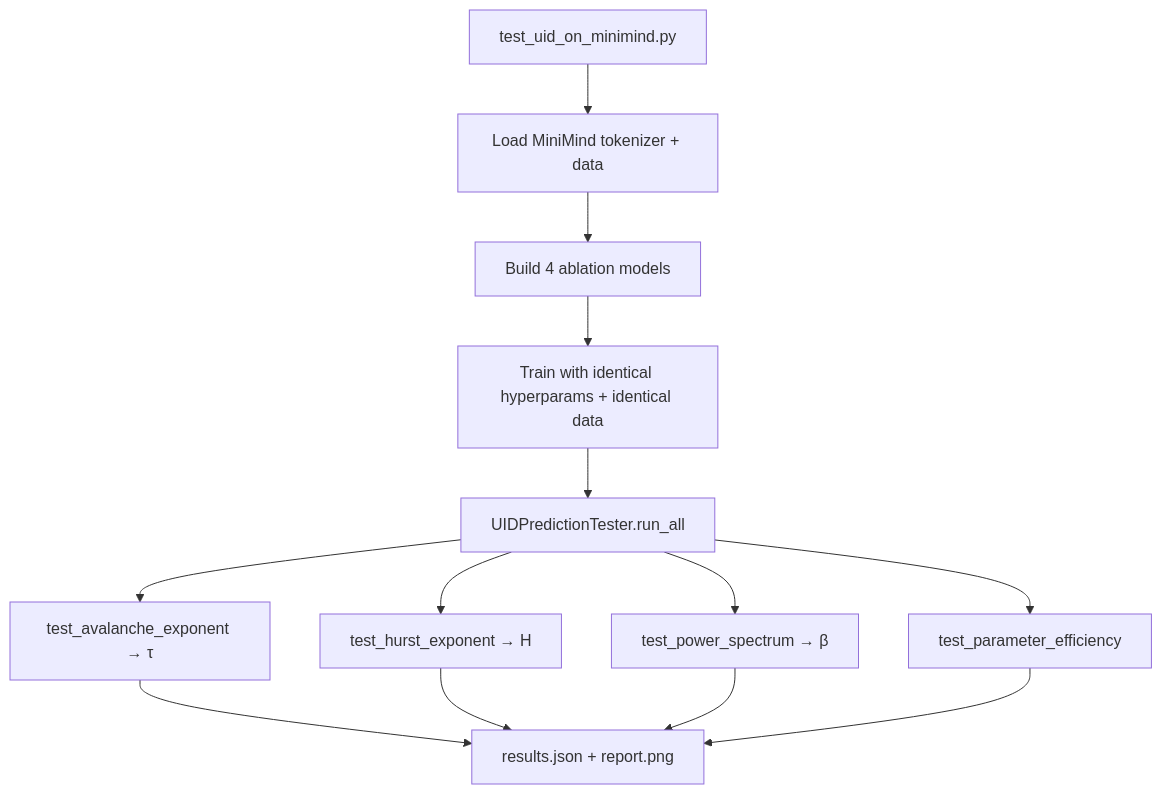
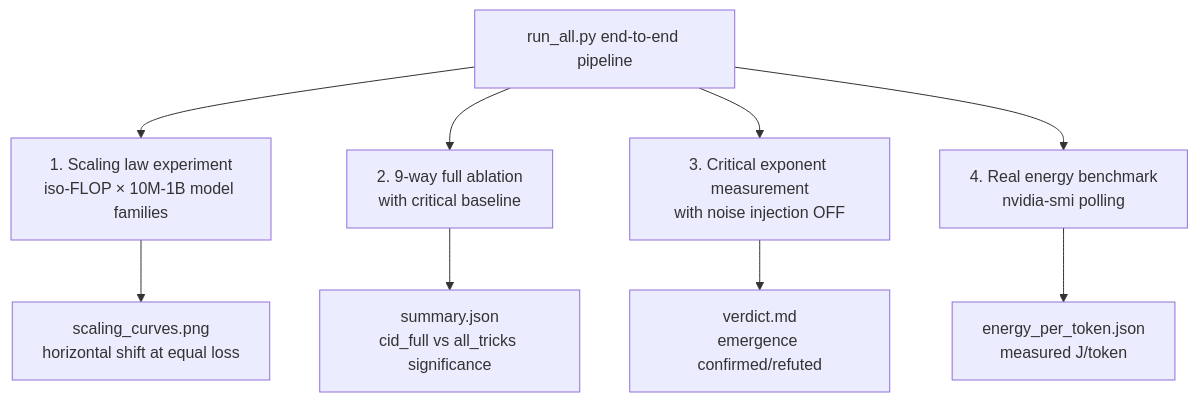
The diagram in README_en.md (gwailee/uid), drawn with Mermaid before and after one commit. The commit also changed other lines of this file and 29 other files, not shown here.

````diff
--- a/README_en.md
+++ b/README_en.md
@@ -209,17 +264,12 @@
 ```mermaid
 flowchart TD
-    A["test_uid_on_minimind.py"] --> B["Load MiniMind tokenizer + data"]
-    B --> C["Build 4 ablation models"]
-    C --> D["Train with identical hyperparams + identical data"]
-    D --> E["UIDPredictionTester.run_all"]
+    A["run_all.py end-to-end pipeline"] --> B["1. Scaling law experiment<br/>iso-FLOP × 10M-1B model families"]
+    A --> C["2. 9-way full ablation<br/>with critical baseline"]
+    A --> D["3. Critical exponent measurement<br/>with noise injection OFF"]
+    A --> E["4. Real energy benchmark<br/>nvidia-smi polling"]
 
-    E --> F1["test_avalanche_exponent → τ"]
-    E --> F2["test_hurst_exponent → H"]
-    E --> F3["test_power_spectrum → β"]
-    E --> F4["test_parameter_efficiency"]
-
-    F1 --> G["results.json + report.png"]
-    F2 --> G
-    F3 --> G
-    F4 --> G
+    B --> F["scaling_curves.png<br/>horizontal shift at equal loss"]
+    C --> G["summary.json<br/>cid_full vs all_tricks significance"]
+    D --> H["verdict.md<br/>emergence confirmed/refuted"]
+    E --> I["energy_per_token.json<br/>measured J/token"]
 ```
````
